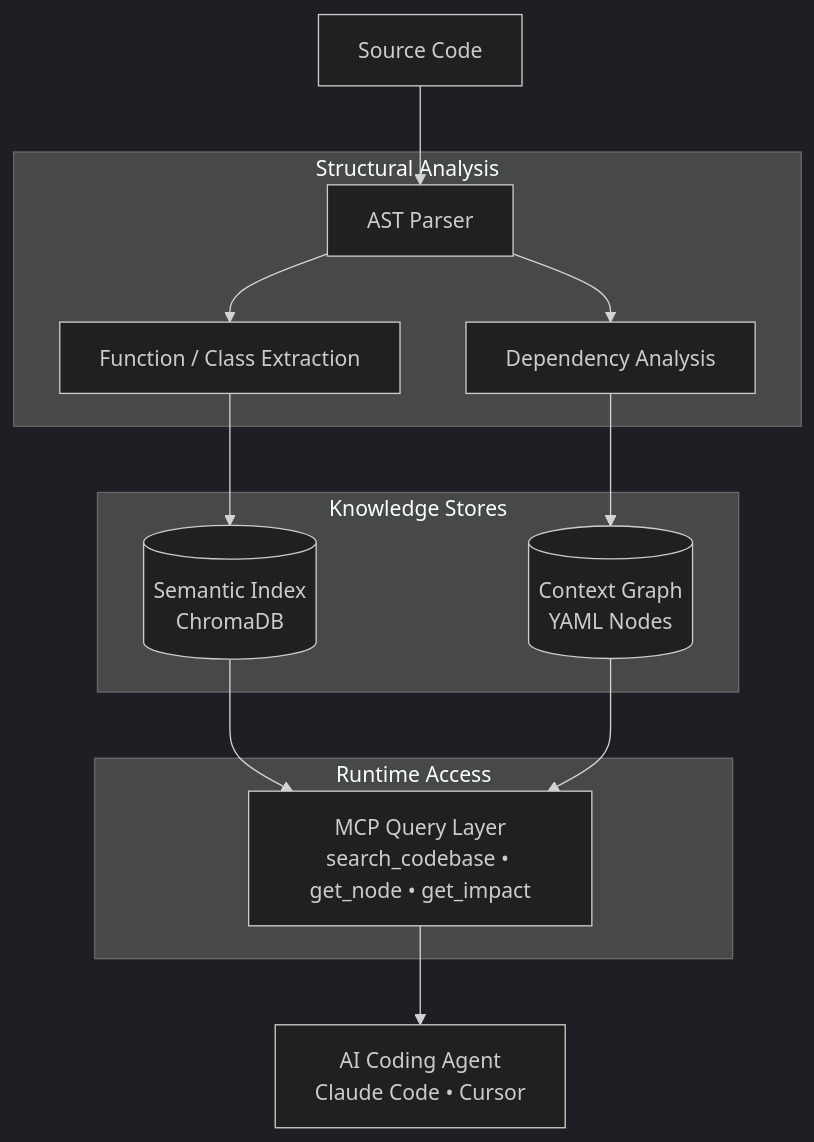
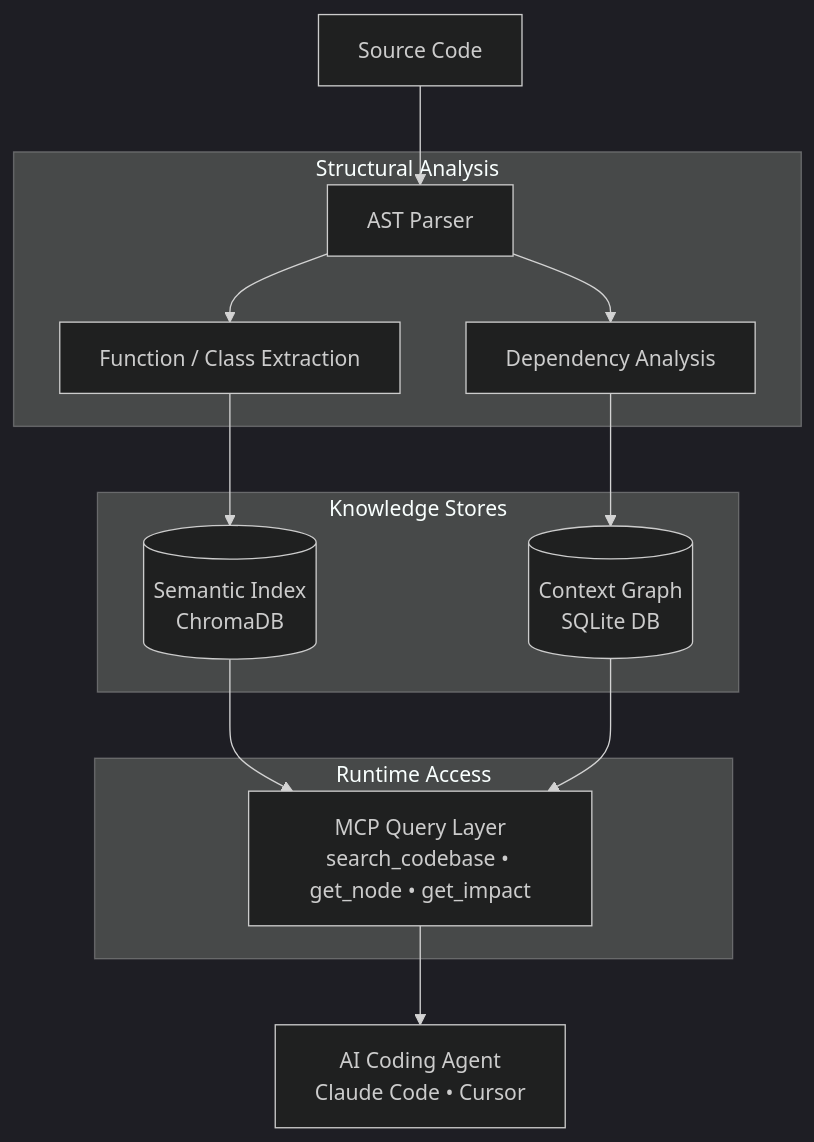
One commit to sachinshelke/codevira changed the second of 2 diagrams in README.md. Above: the diagram before and after it, drawn with Mermaid (dark theme). The commit also changed other lines of this file and 1 other file, not shown here.

Commit message:
docs: update README and CHANGELOG to reflect SQLite graph and hash updates

````diff
--- a/README.md
+++ b/README.md
@@ -90,34 +90,34 @@
 ```mermaid
 flowchart TB
 
 A[Source Code]
 
 subgraph Structural Analysis
 B[AST Parser]
 C[Function / Class Extraction]
 D[Dependency Analysis]
 end
 
 subgraph Knowledge Stores
 E[(Semantic Index<br/>ChromaDB)]
-F[(Context Graph<br/>YAML Nodes)]
+F[(Context Graph<br/>SQLite DB)]
 end
 
 subgraph Runtime Access
 G[MCP Query Layer<br/>search_codebase • get_node • get_impact]
 end
 
 H[AI Coding Agent<br/>Claude Code • Cursor]
 
 A --> B
 B --> C
 C --> E
 
 B --> D
 D --> F
 
 E --> G
 F --> G
 
 G --> H
 ```
````
